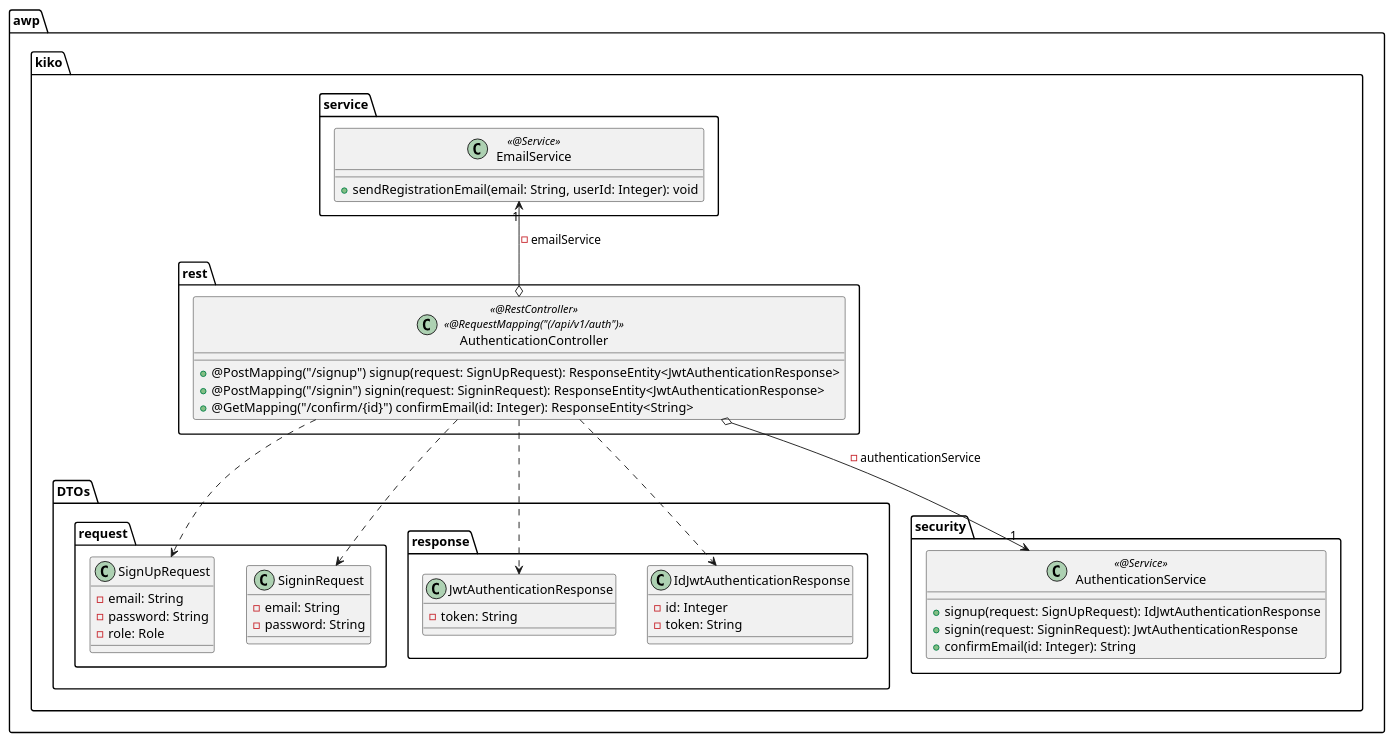
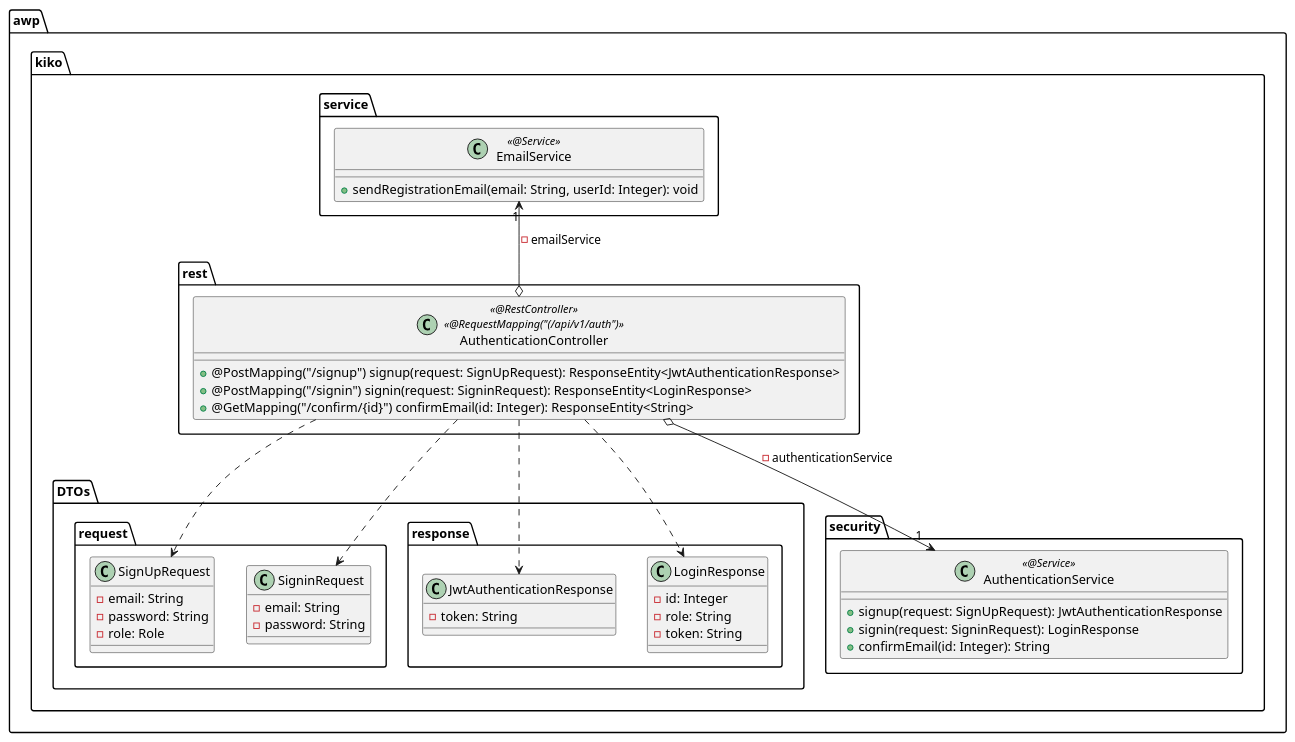
Before and after one commit to GoldHeartsRE/kiko: the diagram in backend/.extras/doc/AuthenticationController.plantuml, drawn with PlantUML. The commit also changed 5 other files, not shown here.

Commit message:
Rolle aus dem Token wieder raus genommen und in den LoginResponse eingefügt.

```diff
--- a/backend/.extras/doc/AuthenticationController.plantuml
+++ b/backend/.extras/doc/AuthenticationController.plantuml
@@ -1,56 +1,57 @@
 @startuml AuthenticationController
 
 package awp.kiko.rest {
     class AuthenticationController <<@RestController>> <<@RequestMapping("(/api/v1/auth")>> {
         + @PostMapping("/signup") signup(request: SignUpRequest): ResponseEntity<JwtAuthenticationResponse>
-        + @PostMapping("/signin") signin(request: SigninRequest): ResponseEntity<JwtAuthenticationResponse>
+        + @PostMapping("/signin") signin(request: SigninRequest): ResponseEntity<LoginResponse>
         + @GetMapping("/confirm/{id}") confirmEmail(id: Integer): ResponseEntity<String>
     }
 }
 
 package awp.kiko.DTOs.request {
     class SignUpRequest {
         - email: String
         - password: String
         - role: Role
     }
 
     class SigninRequest {
         - email: String
         - password: String
     }
 }
 
 package awp.kiko.DTOs.response {
     class JwtAuthenticationResponse {
         - token: String
     }
 
-    class IdJwtAuthenticationResponse {
+    class LoginResponse {
         - id: Integer
+        - role: String
         - token: String
     }
 }
 
 package awp.kiko.security {
     class AuthenticationService <<@Service>> {
-        + signup(request: SignUpRequest): IdJwtAuthenticationResponse
-        + signin(request: SigninRequest): JwtAuthenticationResponse
+        + signup(request: SignUpRequest): JwtAuthenticationResponse
+        + signin(request: SigninRequest): LoginResponse
         + confirmEmail(id: Integer): String
     }
 }
 
 package awp.kiko.service {
     class EmailService <<@Service>> {
         + sendRegistrationEmail(email: String, userId: Integer): void
     }
 }
 
 AuthenticationController o-down-> "1" AuthenticationService: - authenticationService
 AuthenticationController o-up-> "1" EmailService: - emailService
 AuthenticationController ..> SignUpRequest
 AuthenticationController ..> SigninRequest
 AuthenticationController ..> JwtAuthenticationResponse
-AuthenticationController ..> IdJwtAuthenticationResponse
+AuthenticationController ..> LoginResponse
 
 @enduml
```
